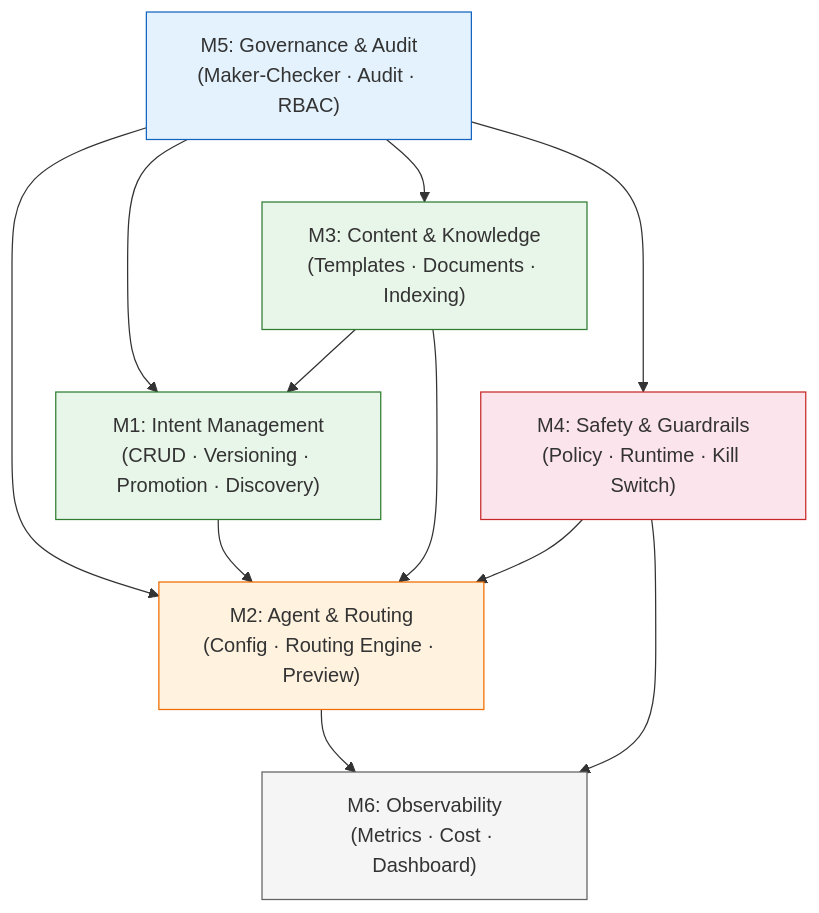
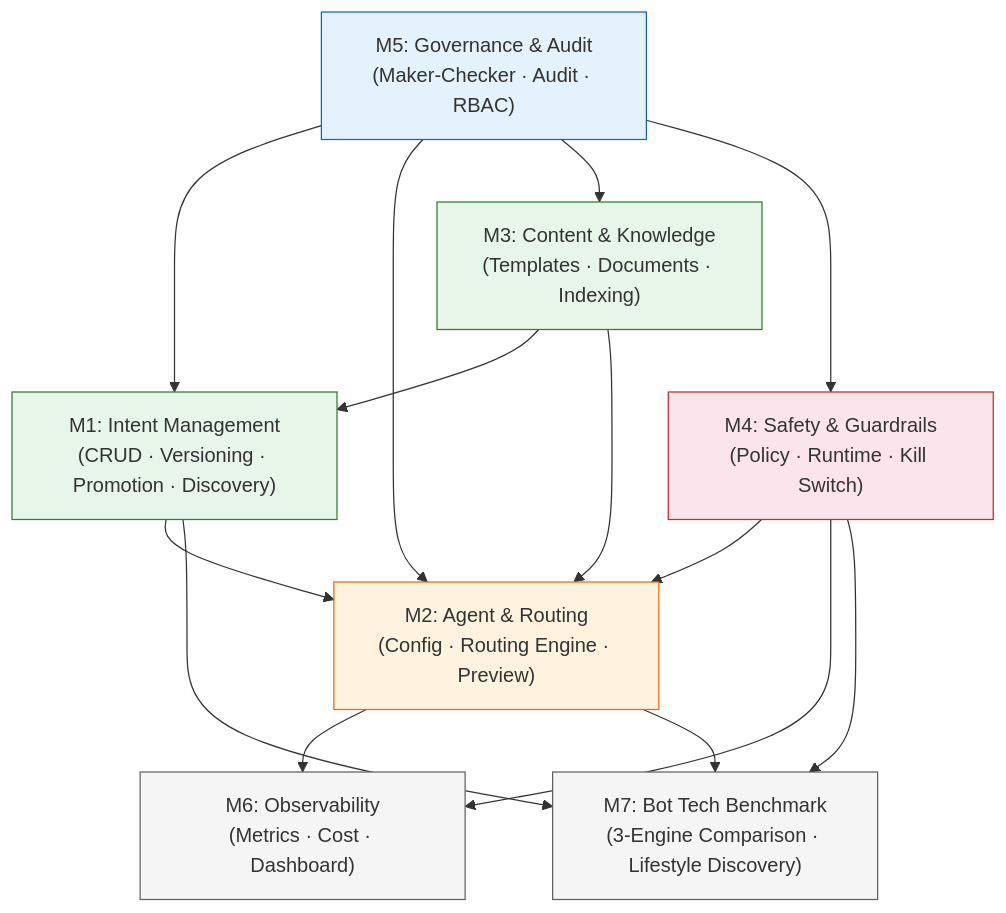
Before and after one commit to xiaodoushabing/chatbot-chat: the second of 6 diagrams in docs/DEVELOPER_SPECIFICATION.md, drawn with Mermaid. The commit also changed other lines of this file and 12 other files, not shown here.

````diff
--- a/docs/DEVELOPER_SPECIFICATION.md
+++ b/docs/DEVELOPER_SPECIFICATION.md
@@ -506,23 +557,28 @@
 ```mermaid
 graph TD
     M5["M5: Governance & Audit\n(Maker-Checker · Audit · RBAC)"]
     M1["M1: Intent Management\n(CRUD · Versioning · Promotion · Discovery)"]
     M3["M3: Content & Knowledge\n(Templates · Documents · Indexing)"]
     M2["M2: Agent & Routing\n(Config · Routing Engine · Preview)"]
     M4["M4: Safety & Guardrails\n(Policy · Runtime · Kill Switch)"]
     M6["M6: Observability\n(Metrics · Cost · Dashboard)"]
+    M7["M7: Bot Tech Benchmark\n(3-Engine Comparison · Lifestyle Discovery)"]
 
     M5 --> M1 & M2 & M3 & M4
     M1 --> M2
     M3 --> M1 & M2
     M4 --> M2
     M2 --> M6
     M4 --> M6
+    M1 --> M7
+    M4 --> M7
+    M2 --> M7
 
     style M5 fill:#e3f2fd,stroke:#1565c0
     style M1 fill:#e8f5e9,stroke:#2e7d32
     style M2 fill:#fff3e0,stroke:#ef6c00
     style M3 fill:#e8f5e9,stroke:#2e7d32
     style M4 fill:#fce4ec,stroke:#c62828
     style M6 fill:#f5f5f5,stroke:#616161
+    style M7 fill:#f5f5f5,stroke:#616161
 ```
````
